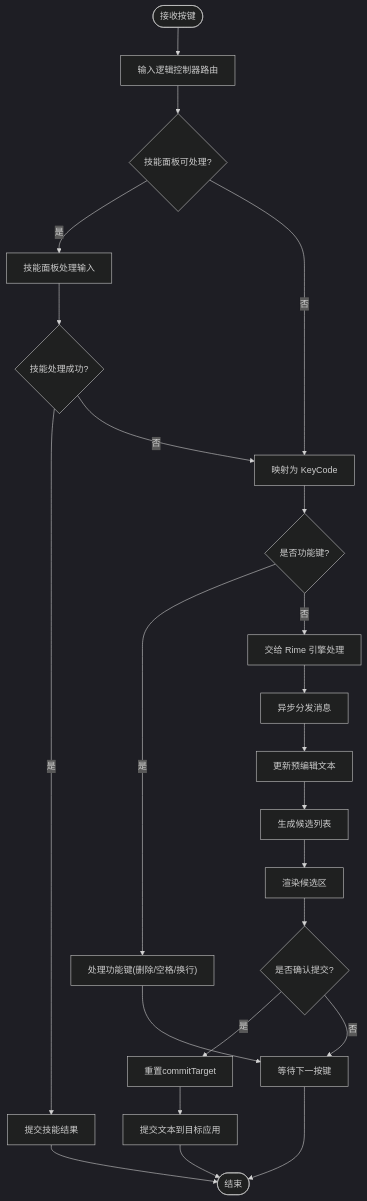
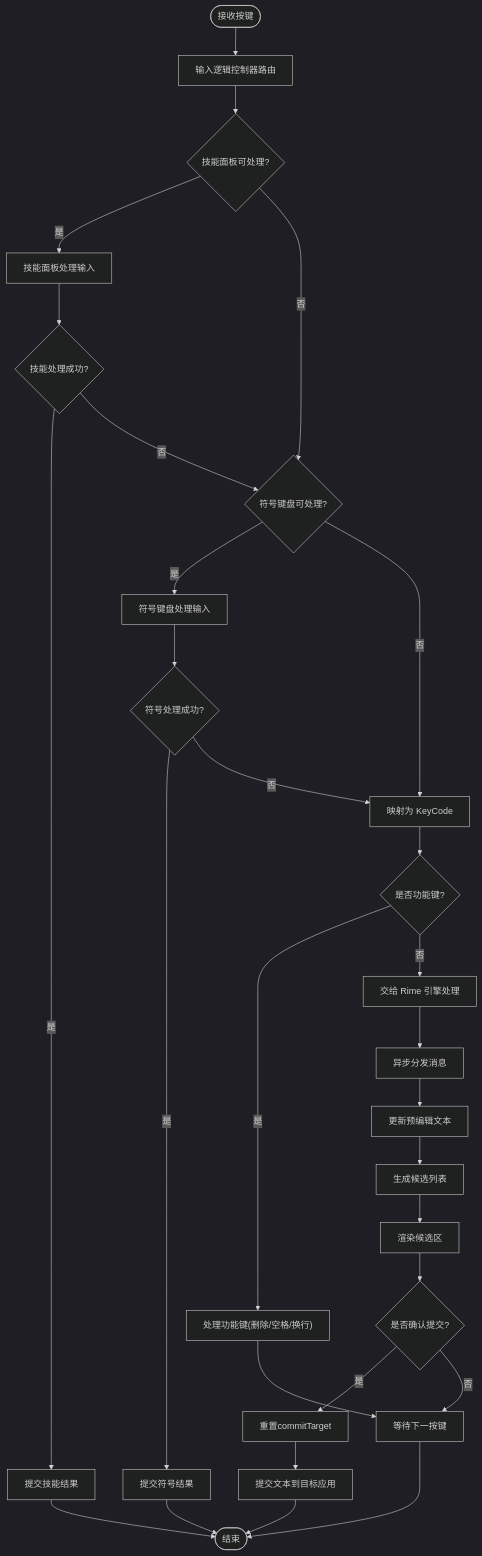
One commit to qiaodashaoye/ziyou-ime changed the fifth of 6 diagrams in .qoder/repowiki/zh/content/输入法服务.md. Above: the diagram before and after it, drawn with Mermaid (dark theme). The commit also changed other lines of this file and 4 other files, not shown here.

Commit message:
docs(repowiki): 同步 AI 面板/图片发送/符号键盘 架构文档

````diff
--- a/.qoder/repowiki/zh/content/输入法服务.md
+++ b/.qoder/repowiki/zh/content/输入法服务.md
@@ -474,25 +510,31 @@
 ```mermaid
 flowchart TD
 Start(["接收按键"]) --> RouteCheck["输入逻辑控制器路由"]
 RouteCheck --> SkillCheck{"技能面板可处理?"}
 SkillCheck --> |是| HandleSkill["技能面板处理输入"]
-SkillCheck --> |否| MapKey["映射为 KeyCode"]
+SkillCheck --> |否| SymbolCheck{"符号键盘可处理?"}
 HandleSkill --> SkillResult{"技能处理成功?"}
 SkillResult --> |是| SubmitSkill["提交技能结果"]
-SkillResult --> |否| MapKey
+SkillResult --> |否| SymbolCheck
+SymbolCheck --> |是| HandleSymbol["符号键盘处理输入"]
+SymbolCheck --> |否| MapKey["映射为 KeyCode"]
+HandleSymbol --> SymbolResult{"符号处理成功?"}
+SymbolResult --> |是| SubmitSymbol["提交符号结果"]
+SymbolResult --> |否| MapKey
 MapKey --> CheckSpecial{"是否功能键?"}
 CheckSpecial --> |是| HandleFunc["处理功能键(删除/空格/换行)"]
 CheckSpecial --> |否| ToRime["交给 Rime 引擎处理"]
 ToRime --> AsyncDispatch["异步分发消息"]
 AsyncDispatch --> UpdatePreedit["更新预编辑文本"]
 UpdatePreedit --> GenerateCandidates["生成候选列表"]
 GenerateCandidates --> RenderUI["渲染候选区"]
 RenderUI --> CommitCheck{"是否确认提交?"}
 CommitCheck --> |是| ResetTarget["重置commitTarget"]
 ResetTarget --> Submit["提交文本到目标应用"]
 CommitCheck --> |否| WaitNext["等待下一按键"]
 HandleFunc --> WaitNext
 SubmitSkill --> End(["结束"])
+SubmitSymbol --> End
 WaitNext --> End
 Submit --> End
 ```
````
